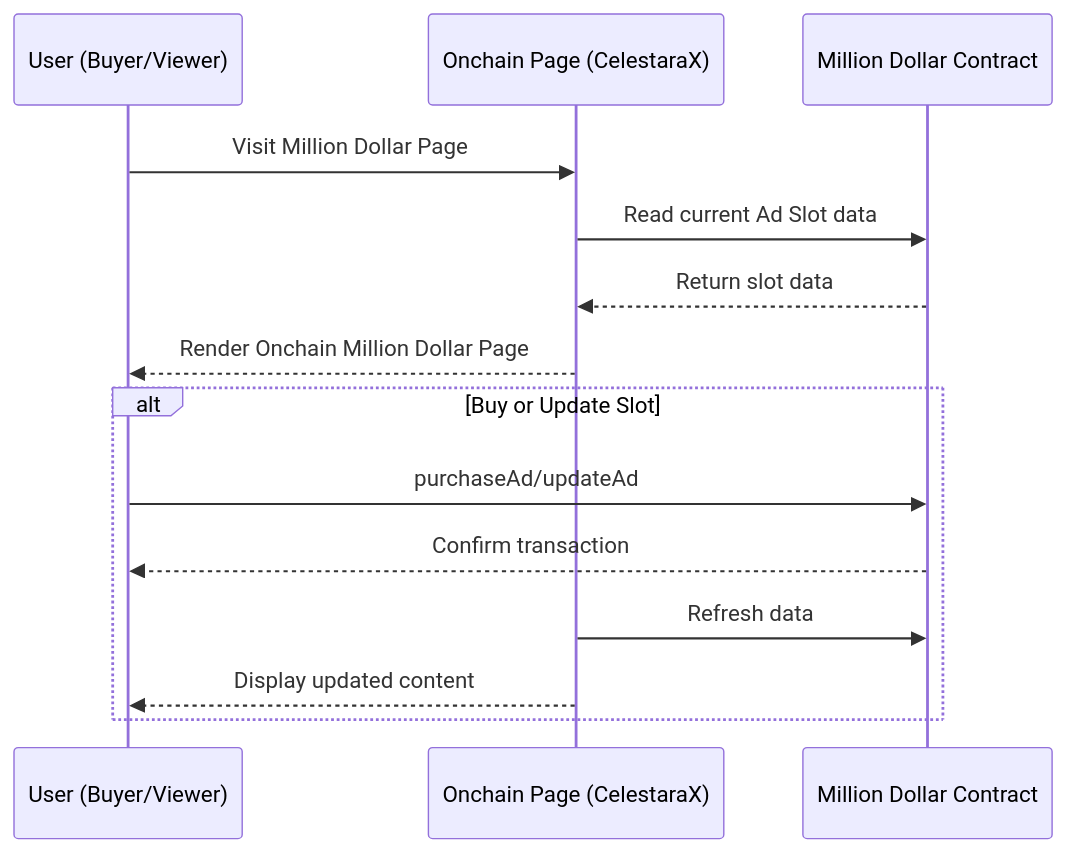
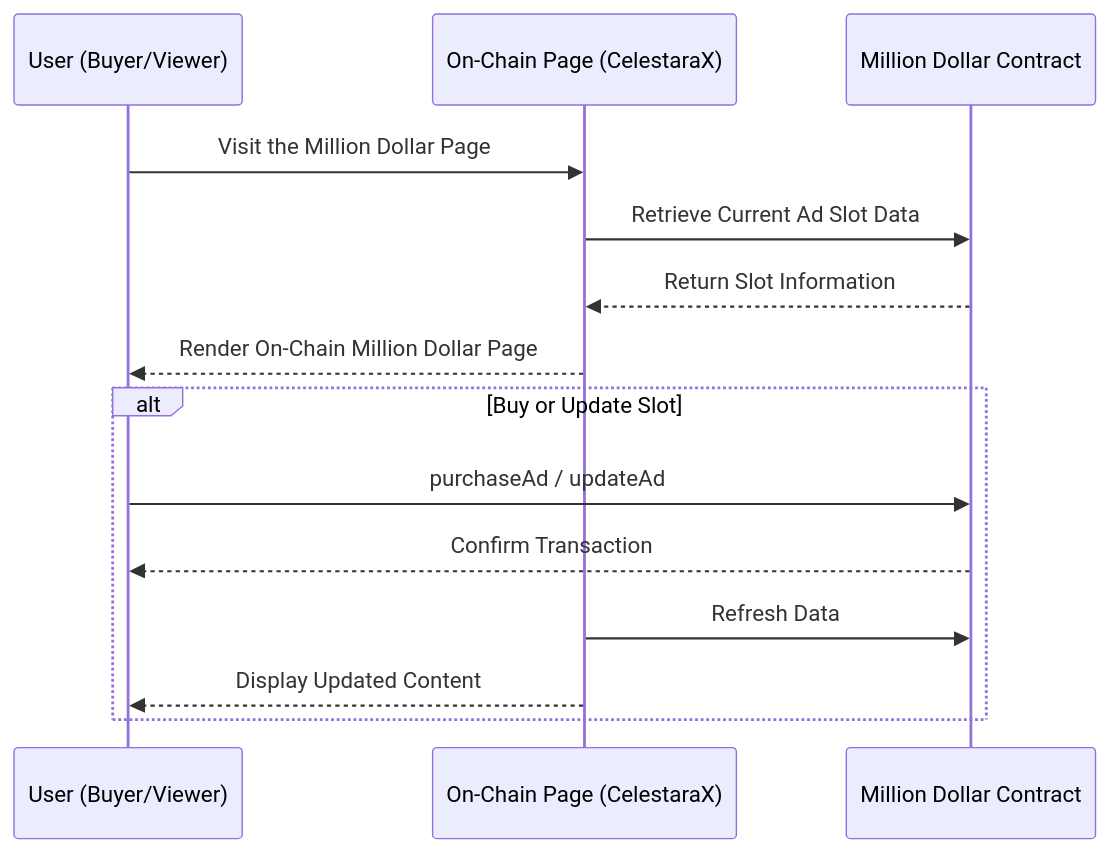
Before and after one commit to CelestaraX/CelestaraX-FE: the second of 2 diagrams in README.md, drawn with Mermaid. The commit also changed other lines of this file, not shown here.

````diff
--- a/README.md
+++ b/README.md
@@ -76,18 +69,18 @@
 ```mermaid
 sequenceDiagram
     participant User as User (Buyer/Viewer)
-    participant OnchainPage as Onchain Page (CelestaraX)
+    participant OnchainPage as On-Chain Page (CelestaraX)
     participant AdContract as Million Dollar Contract
 
-    User->>OnchainPage: Visit Million Dollar Page
-    OnchainPage->>AdContract: Read current Ad Slot data
-    AdContract-->>OnchainPage: Return slot data
-    OnchainPage-->>User: Render Onchain Million Dollar Page
+    User->>OnchainPage: Visit the Million Dollar Page
+    OnchainPage->>AdContract: Retrieve Current Ad Slot Data
+    AdContract-->>OnchainPage: Return Slot Information
+    OnchainPage-->>User: Render On-Chain Million Dollar Page
 
     alt Buy or Update Slot
-        User->>AdContract: purchaseAd/updateAd
-        AdContract-->>User: Confirm transaction
-        OnchainPage->>AdContract: Refresh data
-        OnchainPage-->>User: Display updated content
+        User->>AdContract: purchaseAd / updateAd
+        AdContract-->>User: Confirm Transaction
+        OnchainPage->>AdContract: Refresh Data
+        OnchainPage-->>User: Display Updated Content
     end
 ```
````
